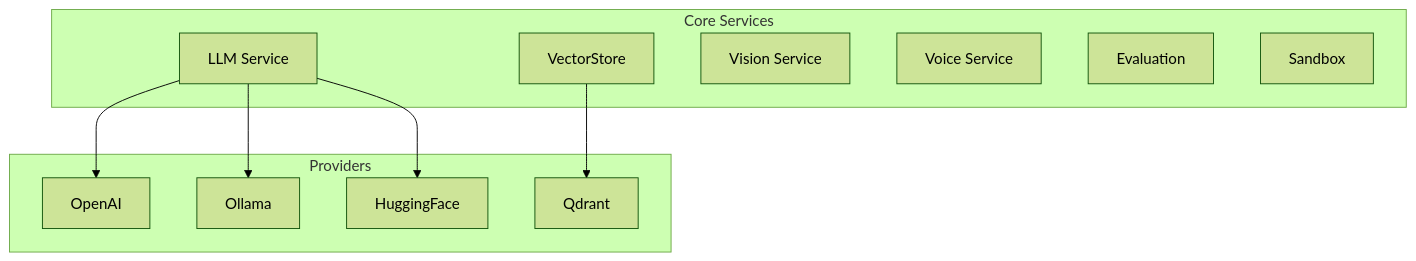
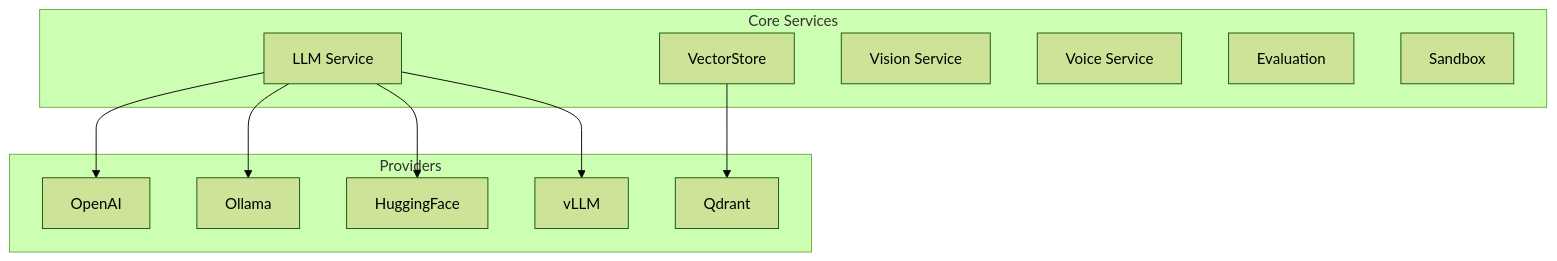
Before and after one commit to baselithcore/baselithcore: the diagram in mkdocs-site/docs/core-modules/services.md, drawn with Mermaid (forest theme). The commit also changed other lines of this file and 22 other files, not shown here.

````diff
--- a/mkdocs-site/docs/core-modules/services.md
+++ b/mkdocs-site/docs/core-modules/services.md
@@ -13,21 +13,22 @@
 ```mermaid
 graph TB
     subgraph Services["Core Services"]
         LLM[LLM Service]
         VS[VectorStore]
         Vision[Vision Service]
         Voice[Voice Service]
         Eval[Evaluation]
         Sandbox[Sandbox]
     end
 
     subgraph Providers
         OpenAI[OpenAI]
         Ollama[Ollama]
         HF[HuggingFace]
+        VLLM[vLLM]
         Qdrant[Qdrant]
     end
 
-    LLM --> OpenAI & Ollama & HF
+    LLM --> OpenAI & Ollama & HF & VLLM
     VS --> Qdrant
 ```
````
